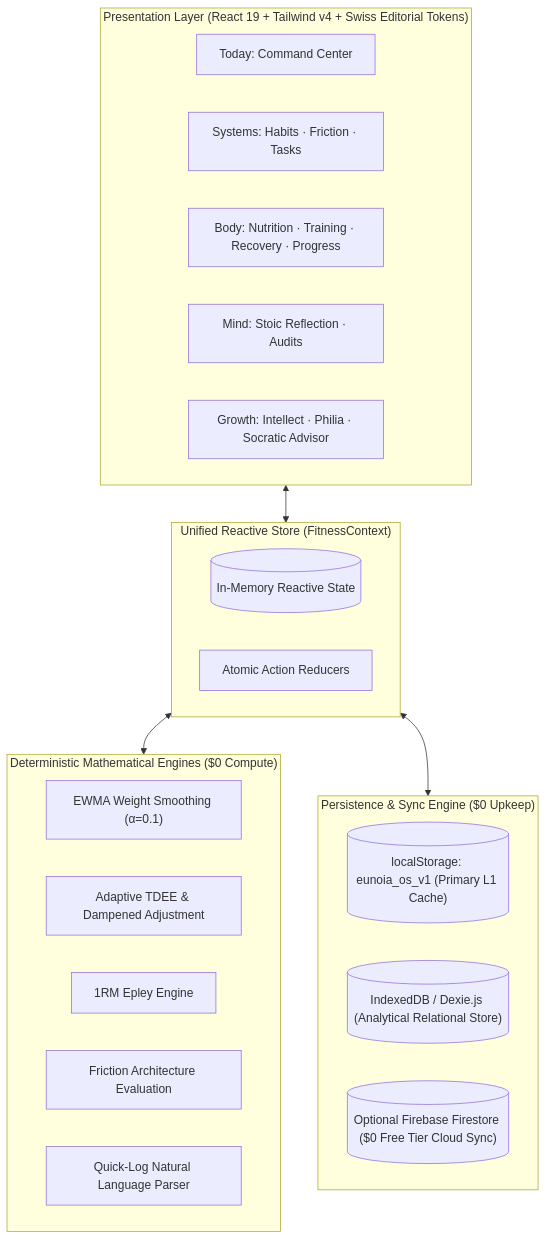
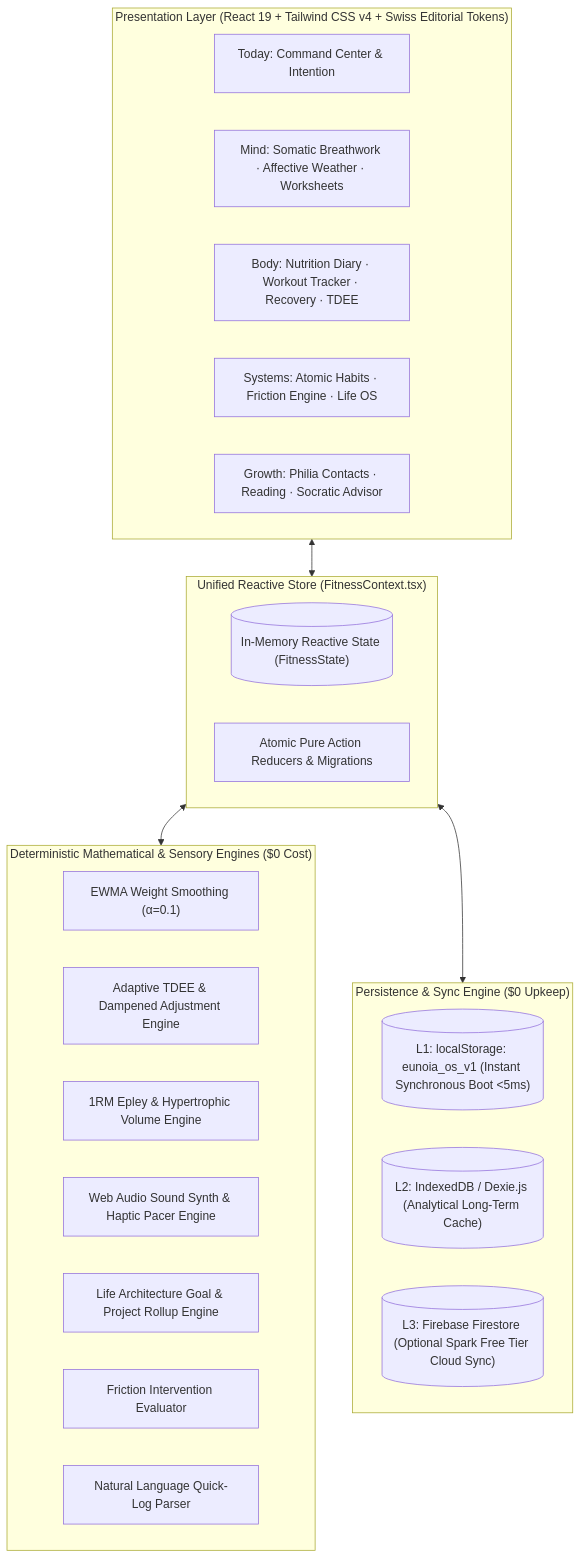
The first of 3 diagrams in docs/system-design-hld-lld.md (PedroDE18/Kinetic.app), drawn with Mermaid before and after one commit. The commit also changed other lines of this file and 2 other files, not shown here.

Commit message:
docs: complete agentic competitive review, gap analysis, and senior system design hld action plan

````diff
--- a/docs/system-design-hld-lld.md
+++ b/docs/system-design-hld-lld.md
@@ -19,33 +20,35 @@
 ```mermaid
 graph TD
-    subgraph UI_Layer ["Presentation Layer (React 19 + Tailwind v4 + Swiss Editorial Tokens)"]
-        TodayView["Today: Command Center"]
-        SystemsView["Systems: Habits · Friction · Tasks"]
-        BodyView["Body: Nutrition · Training · Recovery · Progress"]
-        MindView["Mind: Stoic Reflection · Audits"]
-        GrowthView["Growth: Intellect · Philia · Socratic Advisor"]
+    subgraph UI_Layer ["Presentation Layer (React 19 + Tailwind CSS v4 + Swiss Editorial Tokens)"]
+        TodayView["Today: Command Center & Intention"]
+        MindView["Mind: Somatic Breathwork · Affective Weather · Worksheets"]
+        BodyView["Body: Nutrition Diary · Workout Tracker · Recovery · TDEE"]
+        SystemsView["Systems: Atomic Habits · Friction Engine · Life OS"]
+        GrowthView["Growth: Philia Contacts · Reading · Socratic Advisor"]
     end
 
-    subgraph Core_Store ["Unified Reactive Store (FitnessContext)"]
-        State[("In-Memory Reactive State")]
-        Actions["Atomic Action Reducers"]
+    subgraph Core_Store ["Unified Reactive Store (FitnessContext.tsx)"]
+        State[("In-Memory Reactive State (FitnessState)")]
+        Reducers["Atomic Pure Action Reducers & Migrations"]
     end
 
-    subgraph Engine_Layer ["Deterministic Mathematical Engines ($0 Compute)"]
+    subgraph Client_Engines ["Deterministic Mathematical & Sensory Engines ($0 Cost)"]
         EWMA["EWMA Weight Smoothing (α=0.1)"]
-        TDEE["Adaptive TDEE & Dampened Adjustment"]
-        Epley["1RM Epley Engine"]
-        FrictionRules["Friction Architecture Evaluation"]
-        NLP["Quick-Log Natural Language Parser"]
+        TDEE["Adaptive TDEE & Dampened Adjustment Engine"]
+        Epley["1RM Epley & Hypertrophic Volume Engine"]
+        AudioHaptic["Web Audio Sound Synth & Haptic Pacer Engine"]
+        Rollup["Life Architecture Goal & Project Rollup Engine"]
+        FrictionRules["Friction Intervention Evaluator"]
+        QuickLogNLP["Natural Language Quick-Log Parser"]
     end
 
     subgraph Storage_Layer ["Persistence & Sync Engine ($0 Upkeep)"]
-        LocalStorage[("localStorage: eunoia_os_v1 (Primary L1 Cache)")]
-        IndexedDB[("IndexedDB / Dexie.js (Analytical Relational Store)")]
-        Firestore[("Optional Firebase Firestore ($0 Free Tier Cloud Sync)")]
+        L1Cache[("L1: localStorage: eunoia_os_v1 (Instant Synchronous Boot <5ms)")]
+        L2IndexedDB[("L2: IndexedDB / Dexie.js (Analytical Long-Term Cache)")]
+        L3Cloud[("L3: Firebase Firestore (Optional Spark Free Tier Cloud Sync)")]
     end
 
     UI_Layer <--> Core_Store
-    Core_Store <--> Engine_Layer
+    Core_Store <--> Client_Engines
     Core_Store <--> Storage_Layer
 ```
````
